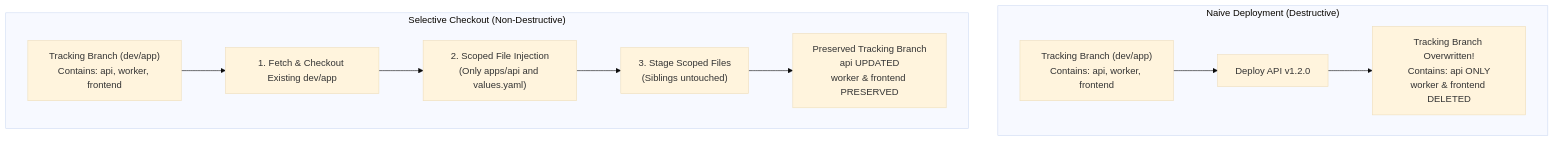
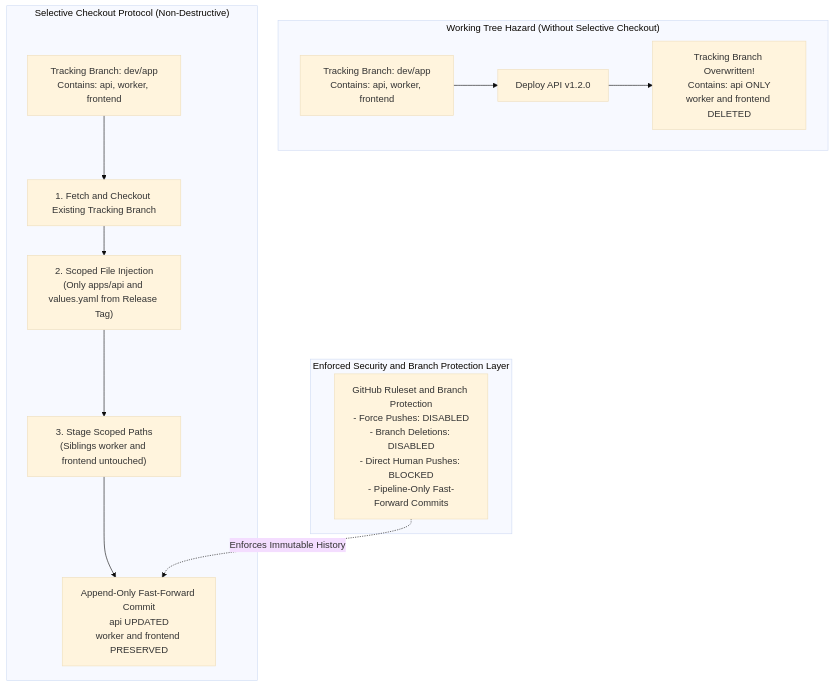
One commit to parth9218/Document-Intelligence-Platform changed the diagram in docs-site/docs/challenges/non-destructive-selective-checkouts.md. Above: the diagram before and after it, drawn with Mermaid (base theme). The commit also changed other lines of this file and 6 other files, not shown here.

````diff
--- a/docs-site/docs/challenges/non-destructive-selective-checkouts.md
+++ b/docs-site/docs/challenges/non-destructive-selective-checkouts.md
@@ -47,19 +52,25 @@
 ```mermaid
 flowchart TD
-    subgraph Naive_Pattern ["Naive Deployment (Destructive)"]
-        Tree1["Tracking Branch (dev/app)<br/>Contains: api, worker, frontend"]
+    subgraph Governance ["Enforced Security and Branch Protection Layer"]
+        Ruleset["GitHub Ruleset and Branch Protection<br/>- Force Pushes: DISABLED<br/>- Branch Deletions: DISABLED<br/>- Direct Human Pushes: BLOCKED<br/>- Pipeline-Only Fast-Forward Commits"]
+    end
+
+    subgraph Working_Tree_Hazard ["Working Tree Hazard (Without Selective Checkout)"]
+        Tree1["Tracking Branch: dev/app<br/>Contains: api, worker, frontend"]
         DeployApi1["Deploy API v1.2.0"]
-        Result1["Tracking Branch Overwritten!<br/>Contains: api ONLY<br/>worker & frontend DELETED"]
+        Result1["Tracking Branch Overwritten!<br/>Contains: api ONLY<br/>worker and frontend DELETED"]
         Tree1 --> DeployApi1 --> Result1
     end
 
-    subgraph Selective_Pattern ["Selective Checkout (Non-Destructive)"]
-        Tree2["Tracking Branch (dev/app)<br/>Contains: api, worker, frontend"]
-        Fetch["1. Fetch & Checkout Existing dev/app"]
-        Select["2. Scoped File Injection<br/>(Only apps/api and values.yaml)"]
-        Stage["3. Stage Scoped Files<br/>(Siblings untouched)"]
-        Result2["Preserved Tracking Branch<br/>api UPDATED<br/>worker & frontend PRESERVED"]
+    subgraph Selective_Pattern ["Selective Checkout Protocol (Non-Destructive)"]
+        Tree2["Tracking Branch: dev/app<br/>Contains: api, worker, frontend"]
+        Fetch["1. Fetch and Checkout Existing Tracking Branch"]
+        Select["2. Scoped File Injection<br/>(Only apps/api and values.yaml from Release Tag)"]
+        Stage["3. Stage Scoped Paths<br/>(Siblings worker and frontend untouched)"]
+        Result2["Append-Only Fast-Forward Commit<br/>api UPDATED<br/>worker and frontend PRESERVED"]
         
         Tree2 --> Fetch --> Select --> Stage --> Result2
     end
+
+    Ruleset -.->|"Enforces Immutable History"| Result2
 ```
````
